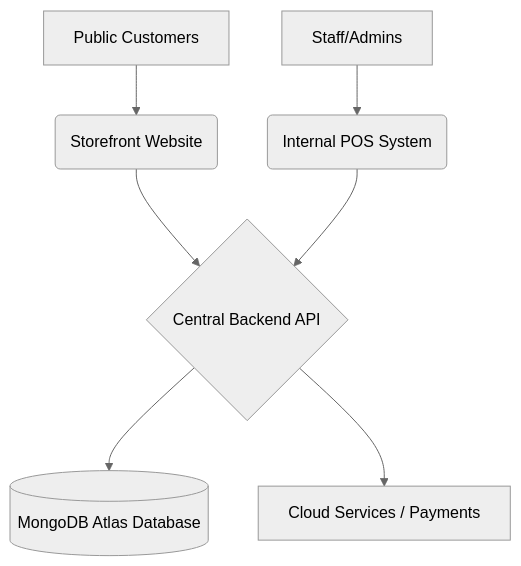
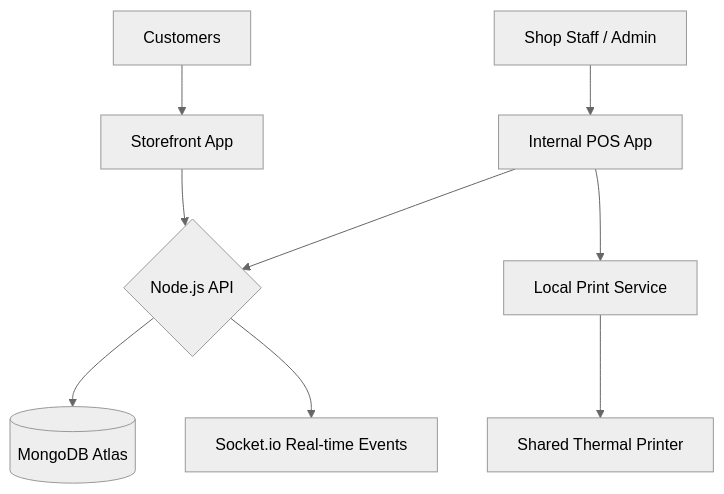
The diagram in README.md (ChamithDilshanKahandawala/POS_MAS_Spare-Parts), drawn with Mermaid (neutral theme) before and after one commit. The commit also changed other lines of this file and 13 other files, not shown here.

````diff
--- a/README.md
+++ b/README.md
@@ -24,9 +40,11 @@
 ```mermaid
 graph TD
-    A[Public Customers] --> B(Storefront Website)
-    C[Staff/Admins] --> D(Internal POS System)
-    B --> E{Central Backend API}
+    A[Shop Staff / Admin] --> B[Internal POS App]
+    C[Customers] --> D[Storefront App]
+    B --> E{Node.js API}
     D --> E
-    E --> F[(MongoDB Atlas Database)]
-    E --> G[Cloud Services / Payments]
+    E --> F[(MongoDB Atlas)]
+    E --> G[Socket.io Real-time Events]
+    B --> H[Local Print Service]
+    H --> I[Shared Thermal Printer]
 ```
````
